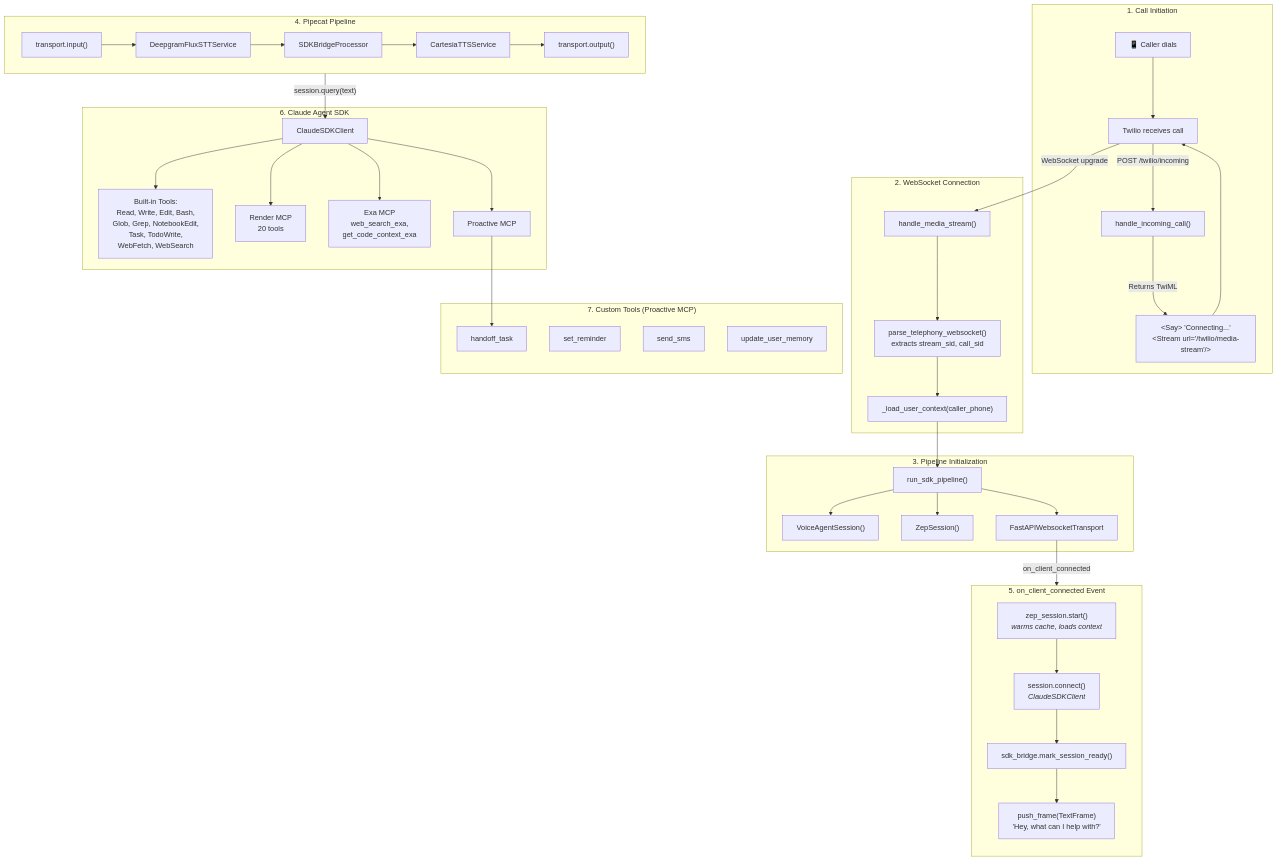
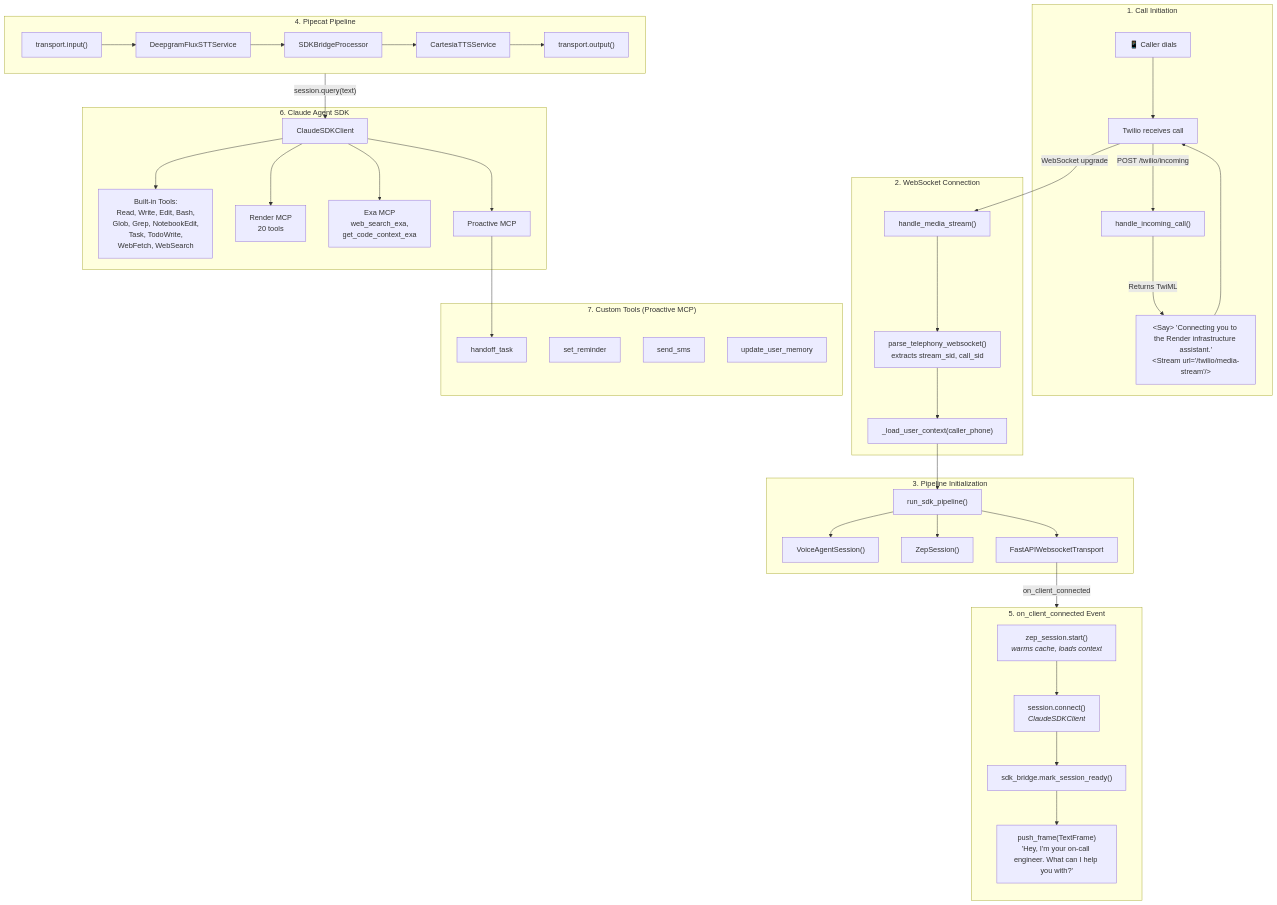
One commit to Designedforusers/RingFra changed the first of 2 diagrams in docs/REFERENCE.md. Above: the diagram before and after it, drawn with Mermaid.

Commit message:
docs: Fix diagram text to match actual code
- TwiML greeting: 'Connecting...' → 'Connecting you to the Render infrastructure assistant.'
- Agent greeting: 'Hey, what can I help with?' → 'Hey, I'm your on-call engineer. What can I help you with?'

🤖 Generated with [Claude Code](https://claude.com/claude-code)

````diff
--- a/docs/REFERENCE.md
+++ b/docs/REFERENCE.md
@@ -112,60 +112,60 @@
 ```mermaid
 flowchart TB
     subgraph "1. Call Initiation"
         Phone["📱 Caller dials"] --> Twilio["Twilio receives call"]
         Twilio -->|"POST /twilio/incoming"| Handler["handle_incoming_call()"]
-        Handler -->|"Returns TwiML"| TwiML["&lt;Say&gt; 'Connecting...'<br/>&lt;Stream url='/twilio/media-stream'/&gt;"]
+        Handler -->|"Returns TwiML"| TwiML["&lt;Say&gt; 'Connecting you to the Render infrastructure assistant.'<br/>&lt;Stream url='/twilio/media-stream'/&gt;"]
         TwiML --> Twilio
     end
 
     subgraph "2. WebSocket Connection"
         Twilio -->|"WebSocket upgrade"| WS["handle_media_stream()"]
         WS --> Parse["parse_telephony_websocket()<br/>extracts stream_sid, call_sid"]
         Parse --> LoadCtx["_load_user_context(caller_phone)"]
     end
 
     subgraph "3. Pipeline Initialization"
         LoadCtx --> RunPipeline["run_sdk_pipeline()"]
         RunPipeline --> Session["VoiceAgentSession()"]
         RunPipeline --> ZepSession["ZepSession()"]
         RunPipeline --> Transport["FastAPIWebsocketTransport"]
     end
 
     subgraph "4. Pipecat Pipeline"
         direction LR
         TransportIn["transport.input()"]
         STT["DeepgramFluxSTTService"]
         Bridge["SDKBridgeProcessor"]
         TTS["CartesiaTTSService"]
         TransportOut["transport.output()"]
         TransportIn --> STT --> Bridge --> TTS --> TransportOut
     end
 
     subgraph "5. on_client_connected Event"
         direction TB
         ZepStart["zep_session.start()<br/><i>warms cache, loads context</i>"]
         SDKConnect["session.connect()<br/><i>ClaudeSDKClient</i>"]
         MarkReady["sdk_bridge.mark_session_ready()"]
-        Greeting["push_frame(TextFrame)<br/>'Hey, what can I help with?'"]
+        Greeting["push_frame(TextFrame)<br/>'Hey, I'm your on-call engineer. What can I help you with?'"]
         ZepStart --> SDKConnect --> MarkReady --> Greeting
     end
 
     subgraph "6. Claude Agent SDK"
         SDK["ClaudeSDKClient"]
         SDK --> BuiltIn["Built-in Tools:<br/>Read, Write, Edit, Bash,<br/>Glob, Grep, NotebookEdit,<br/>Task, TodoWrite,<br/>WebFetch, WebSearch"]
         SDK --> RenderMCP["Render MCP<br/>20 tools"]
         SDK --> ExaMCP["Exa MCP<br/>web_search_exa,<br/>get_code_context_exa"]
         SDK --> ProactiveMCP["Proactive MCP"]
     end
 
     subgraph "7. Custom Tools (Proactive MCP)"
         handoff["handoff_task"]
         reminder["set_reminder"]
         sms["send_sms"]
         memory["update_user_memory"]
     end
 
     Transport -->|"on_client_connected"| ZepStart
     Bridge -->|"session.query(text)"| SDK
     ProactiveMCP --> handoff
 ```
````
